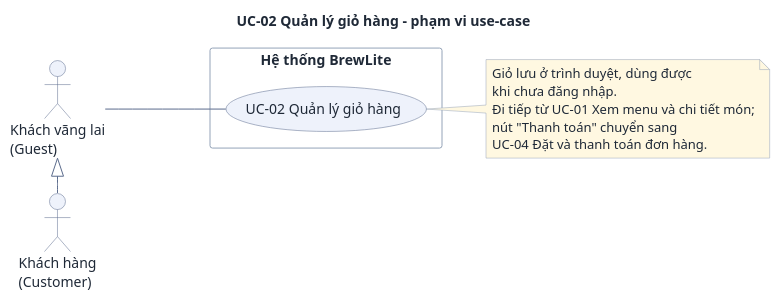
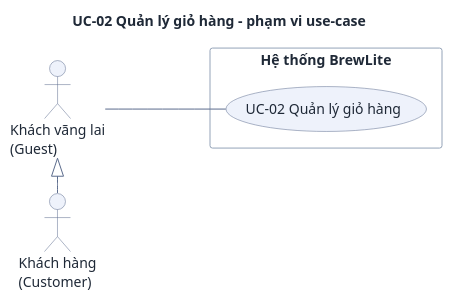
Before and after one commit to DuVinhLoi/BrewLite: the diagram in docs/requirements/use-cases/uc-02-cart.puml, drawn with PlantUML. The commit also changed 11 other files, not shown here.

```diff
--- a/docs/requirements/use-cases/uc-02-cart.puml
+++ b/docs/requirements/use-cases/uc-02-cart.puml
@@ -1,38 +1,30 @@
 @startuml uc-02-cart
 ' BrewLite A2 - Use-case diagram cho UC-02. Dac ta va ma yeu cau: docs/requirements/use-cases/uc-02-cart.md
 skinparam DefaultFontColor #1f2937
 skinparam ArrowColor #5b6b8c
 skinparam ArrowFontColor #1f2937
 skinparam RectangleBackgroundColor #ffffff
 skinparam RectangleBorderColor #94a3b8
 skinparam ActorBackgroundColor #eef2fb
 skinparam ActorBorderColor #5b6b8c
 skinparam UsecaseBackgroundColor #eef2fb
 skinparam UsecaseBorderColor #5b6b8c
 skinparam NoteBackgroundColor #fff8e1
 skinparam NoteBorderColor #94a3b8
 skinparam Shadowing false
 
 left to right direction
 
 title UC-02 Quản lý giỏ hàng - phạm vi use-case
 
 actor "Khách vãng lai\n(Guest)" as Guest
 actor "Khách hàng\n(Customer)" as Customer
 
 rectangle "Hệ thống BrewLite" {
   usecase "UC-02 Quản lý giỏ hàng" as UC02
 }
 
 Guest <|- Customer
 
 Guest --- UC02
-
-note right of UC02
-  Giỏ lưu ở trình duyệt, dùng được
-  khi chưa đăng nhập.
-  Đi tiếp từ UC-01 Xem menu và chi tiết món;
-  nút "Thanh toán" chuyển sang
-  UC-04 Đặt và thanh toán đơn hàng.
-end note
 @enduml
```
